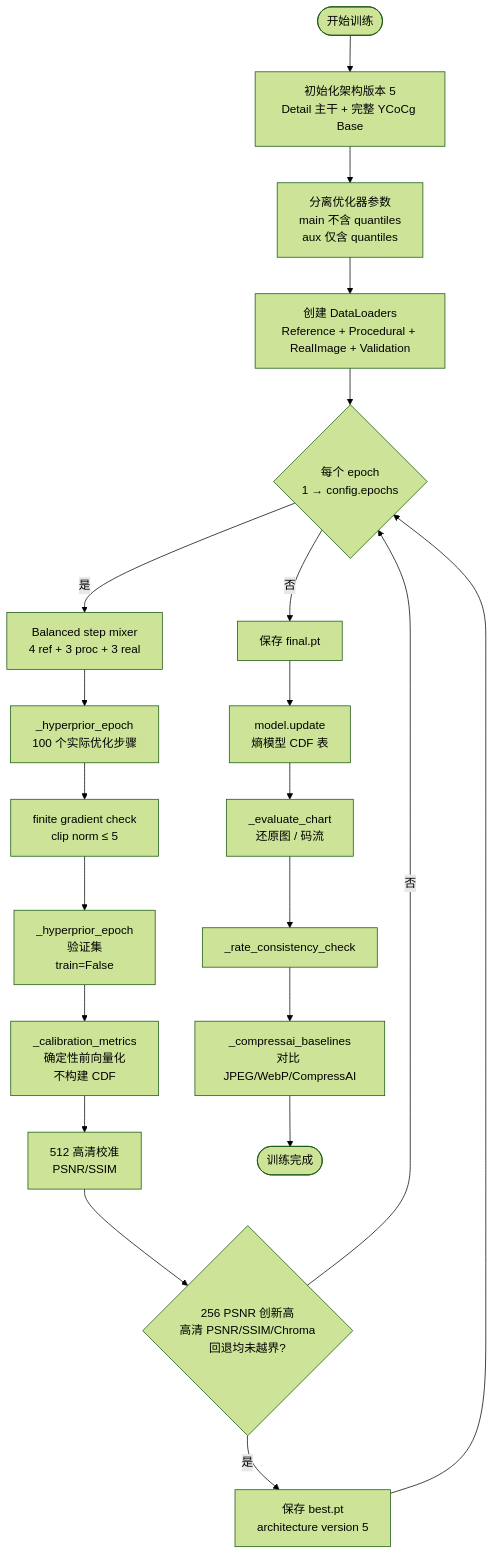
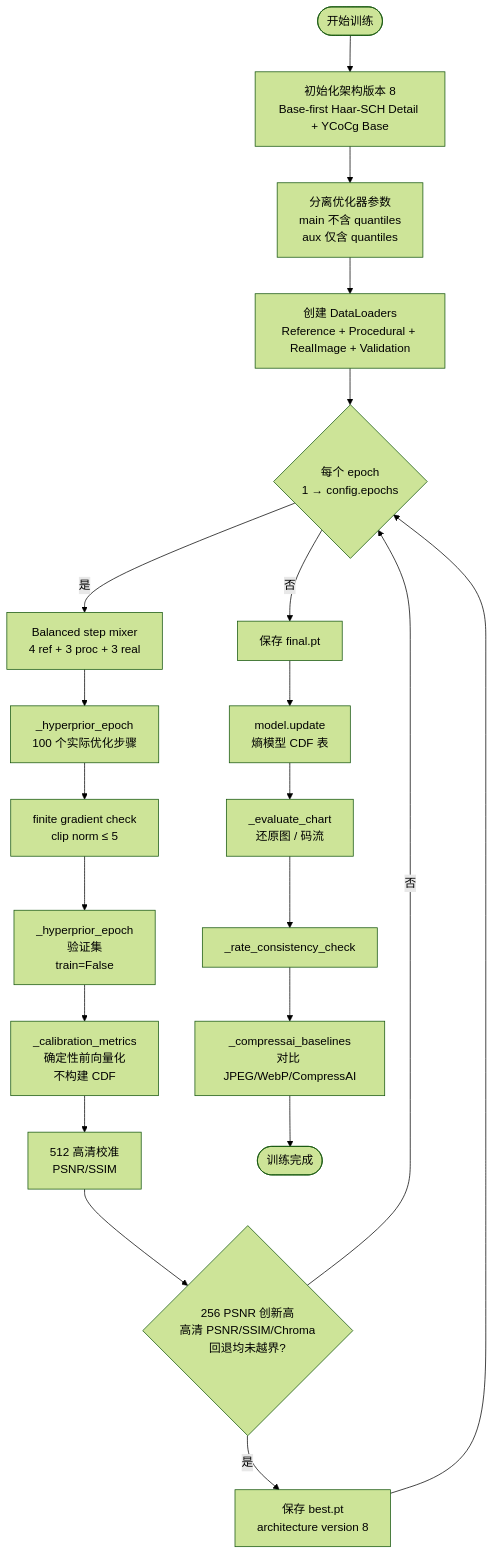
One commit to novvoo/kakeya-vae changed the ninth of 19 diagrams in docs/architecture.md. Above: the diagram before and after it, drawn with Mermaid (forest theme). The commit also changed other lines of this file and 9 other files, not shown here.

````diff
--- a/docs/architecture.md
+++ b/docs/architecture.md
@@ -484,25 +510,25 @@
 ```mermaid
 flowchart TD
-    START([开始训练]) --> INIT[初始化架构版本 5<br/>Detail 主干 + 完整 YCoCg Base]
+    START([开始训练]) --> INIT[初始化架构版本 8<br/>Base-first Haar-SCH Detail + YCoCg Base]
     INIT --> SPLIT_OPT[分离优化器参数<br/>main 不含 quantiles<br/>aux 仅含 quantiles]
     SPLIT_OPT --> LOADERS[创建 DataLoaders<br/>Reference + Procedural + RealImage + Validation]
     LOADERS --> LOOP{每个 epoch<br/>1 → config.epochs}
 
     LOOP -->|是| MIX[Balanced step mixer<br/>4 ref + 3 proc + 3 real]
     MIX --> TRAIN[_hyperprior_epoch<br/>100 个实际优化步骤]
     TRAIN --> CLIP[finite gradient check<br/>clip norm ≤ 5]
     CLIP --> VALID[_hyperprior_epoch<br/>验证集<br/>train=False]
     VALID --> CALIB[_calibration_metrics<br/>确定性前向量化<br/>不构建 CDF]
     CALIB --> HD[512 高清校准<br/>PSNR/SSIM]
     HD --> CKPT{256 PSNR 创新高<br/>高清 PSNR/SSIM/Chroma<br/>回退均未越界?}
-    CKPT -->|是| SAVE[保存 best.pt<br/>architecture version 5]
+    CKPT -->|是| SAVE[保存 best.pt<br/>architecture version 8]
     SAVE --> LOOP
     CKPT -->|否| LOOP
 
     LOOP -->|否| FINAL[保存 final.pt]
     FINAL --> UPDATE[model.update<br/>熵模型 CDF 表]
     UPDATE --> EVAL[_evaluate_chart<br/>还原图 / 码流]
     EVAL --> RATE_CK[_rate_consistency_check]
     RATE_CK --> BASELINE[_compressai_baselines<br/>对比 JPEG/WebP/CompressAI]
     BASELINE --> DONE([训练完成])
 ```
````
